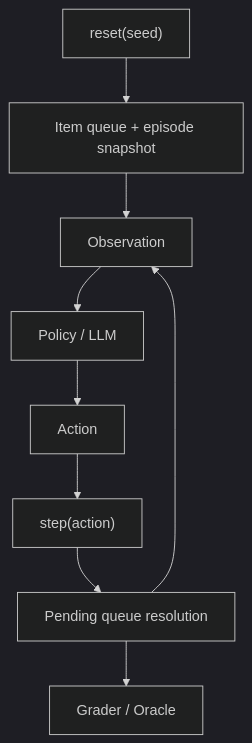
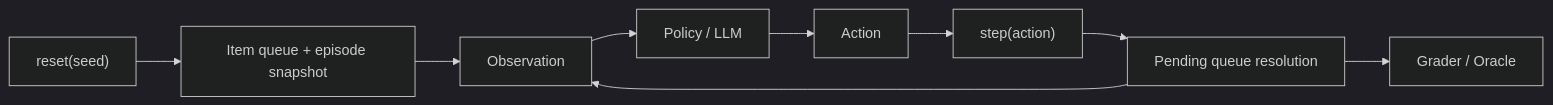
One commit to AdityaProCoder/RevLogiXenv changed the diagram in RevLogiXenv_v0/README.md. Above: the diagram before and after it, drawn with Mermaid (dark theme). The commit also changed other lines of this file and 1 other file, not shown here.

````diff
--- a/RevLogiXenv_v0/README.md
+++ b/RevLogiXenv_v0/README.md
@@ -65,11 +92,11 @@
 ```mermaid
-flowchart TB
+flowchart LR
     R["reset(seed)"] --> Q["Item queue + episode snapshot"]
     Q --> O["Observation"]
     O --> P["Policy / LLM"]
     P --> A["Action"]
     A --> S["step(action)"]
     S --> D["Pending queue resolution"]
     D --> O
     D --> G["Grader / Oracle"]
 ```
````
